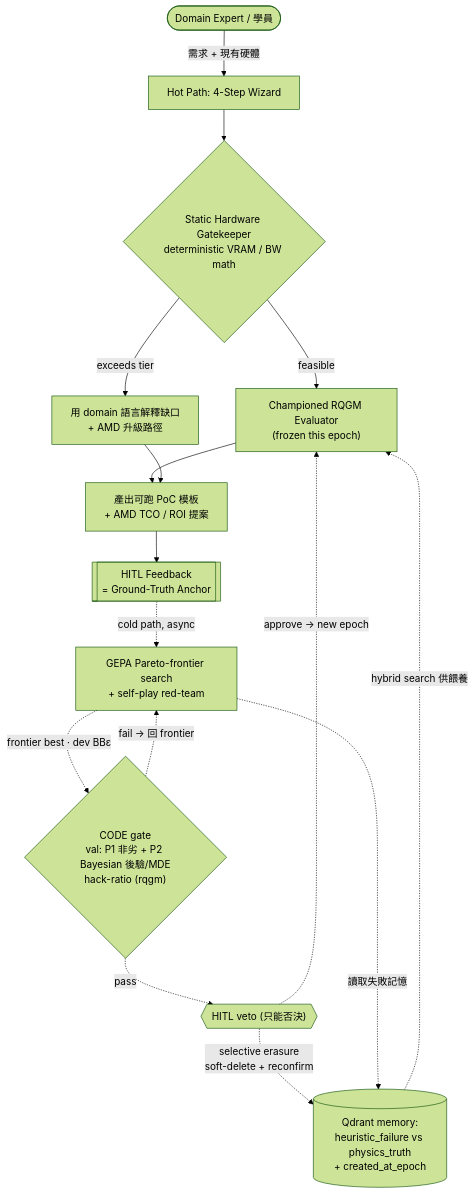
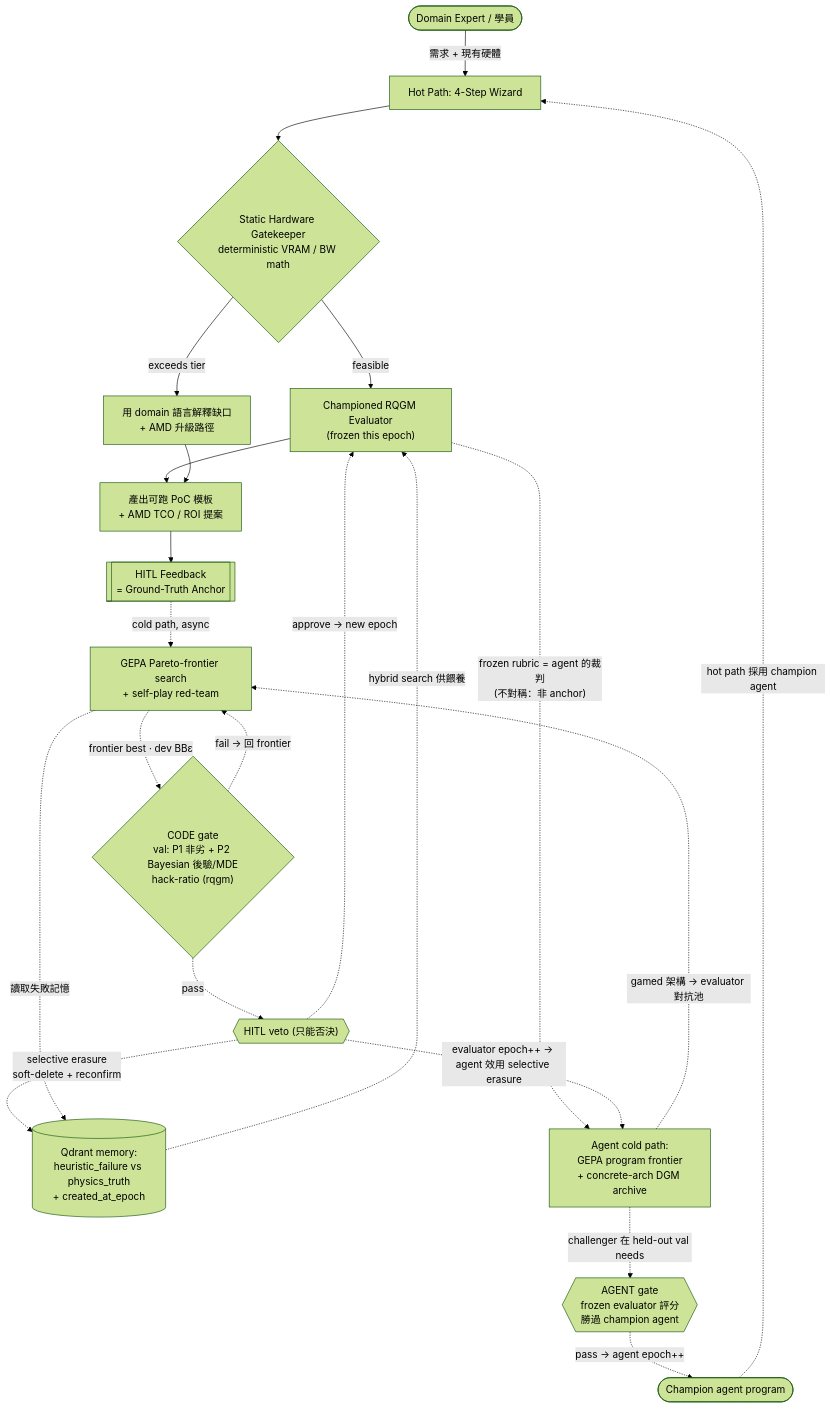
One commit to iiyyll01lin/yy-rqgm changed the first of 2 diagrams in docs/blueprint.md. Above: the diagram before and after it, drawn with Mermaid (forest theme). The commit also changed other lines of this file and 3 other files, not shown here.

First line of the commit message:
agent(D): docs — reconcile Iron Law II/IV + README/03-evaluator/01-orchestration to co-evolution

````diff
--- a/docs/blueprint.md
+++ b/docs/blueprint.md
@@ -65,18 +65,25 @@
 ```mermaid
 flowchart TD
     User(["Domain Expert / 學員"]) -->|"需求 + 現有硬體"| Wizard["Hot Path: 4-Step Wizard"]
     Wizard --> Gate{"Static Hardware Gatekeeper<br/>deterministic VRAM / BW math"}
     Gate -->|"feasible"| Judge["Championed RQGM Evaluator<br/>(frozen this epoch)"]
     Gate -->|"exceeds tier"| Upsell["用 domain 語言解釋缺口<br/>+ AMD 升級路徑"]
     Judge --> Export["產出可跑 PoC 模板<br/>+ AMD TCO / ROI 提案"]
     Upsell --> Export
     Export --> Feedback[["HITL Feedback<br/>= Ground-Truth Anchor"]]
     Feedback -.->|"cold path, async"| Loop["GEPA Pareto-frontier search<br/>+ self-play red-team"]
     Loop -.->|"frontier best · dev BBε"| CodeGate{"CODE gate<br/>val: P1 非劣 + P2 Bayesian 後驗/MDE<br/>hack-ratio (rqgm)"}
     CodeGate -.->|"fail → 回 frontier"| Loop
     CodeGate -.->|"pass"| EpochGate{{"HITL veto (只能否決)"}}
     EpochGate -.->|"approve → new epoch"| Judge
     EpochGate -.->|"selective erasure<br/>soft-delete + reconfirm"| Mem[("Qdrant memory:<br/>heuristic_failure vs physics_truth<br/>+ created_at_epoch")]
     Mem -.->|"hybrid search 供餵養"| Judge
     Loop -.->|"讀取失敗記憶"| Mem
+    %% ---- Agent half (co-evolution): evolves UNDER the frozen champion evaluator ----
+    Judge -.->|"frozen rubric = agent 的裁判<br/>(不對稱：非 anchor)"| AgentLoop["Agent cold path:<br/>GEPA program frontier<br/>+ concrete-arch DGM archive"]
+    AgentLoop -.->|"challenger 在 held-out val needs"| AgentGate{{"AGENT gate<br/>frozen evaluator 評分<br/>勝過 champion agent"}}
+    AgentGate -.->|"pass → agent epoch++"| ChampAgent(["Champion agent program"])
+    ChampAgent -.->|"hot path 採用 champion agent"| Wizard
+    AgentLoop -.->|"gamed 架構 → evaluator 對抗池"| Loop
+    EpochGate -.->|"evaluator epoch++ → agent 效用 selective erasure"| AgentLoop
 ```
````
